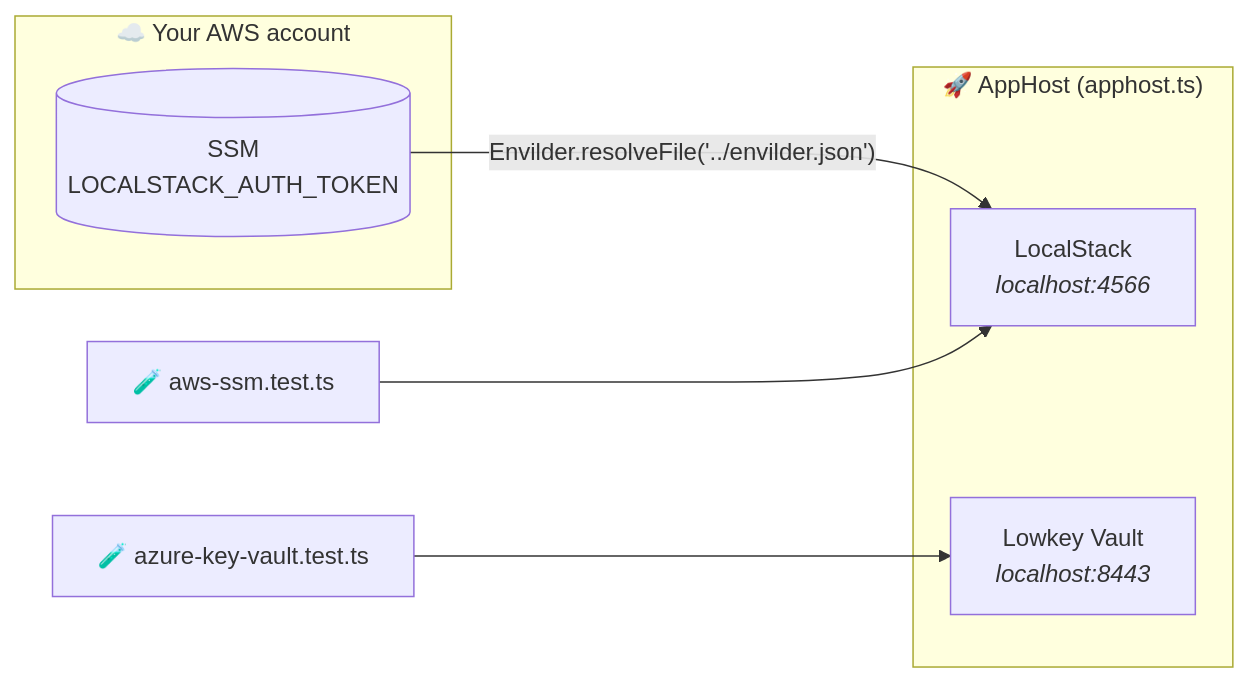
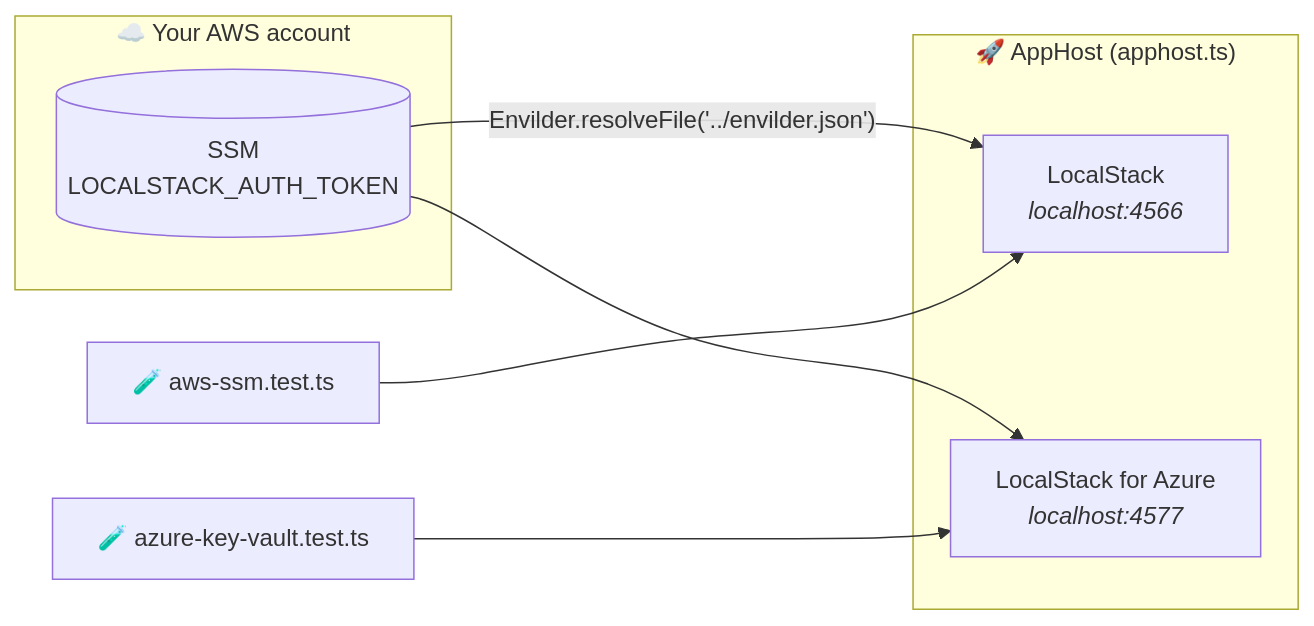
One commit to macalbert/envilder-examples changed the diagram in typescript-aspire/README.md. Above: the diagram before and after it, drawn with Mermaid. The commit also changed other lines of this file and 22 other files, not shown here.

Commit message:
test: replace Lowkey Vault with LocalStack for Azure in every example

````diff
--- a/typescript-aspire/README.md
+++ b/typescript-aspire/README.md
@@ -15,15 +15,16 @@
 ```mermaid
 flowchart LR
     subgraph cloud["☁️ Your AWS account"]
         token[("SSM<br/>LOCALSTACK_AUTH_TOKEN")]
     end
 
     subgraph apphost["🚀 AppHost (apphost.ts)"]
         localstack["LocalStack<br/><i>localhost:4566</i>"]
-        lowkey["Lowkey Vault<br/><i>localhost:8443</i>"]
+        lsazure["LocalStack for Azure<br/><i>localhost:4577</i>"]
     end
 
     token -- "Envilder.resolveFile('../envilder.json')" --> localstack
+    token --> lsazure
     aws["🧪 aws-ssm.test.ts"] --> localstack
-    azure["🧪 azure-key-vault.test.ts"] --> lowkey
+    azure["🧪 azure-key-vault.test.ts"] --> lsazure
 ```
````
